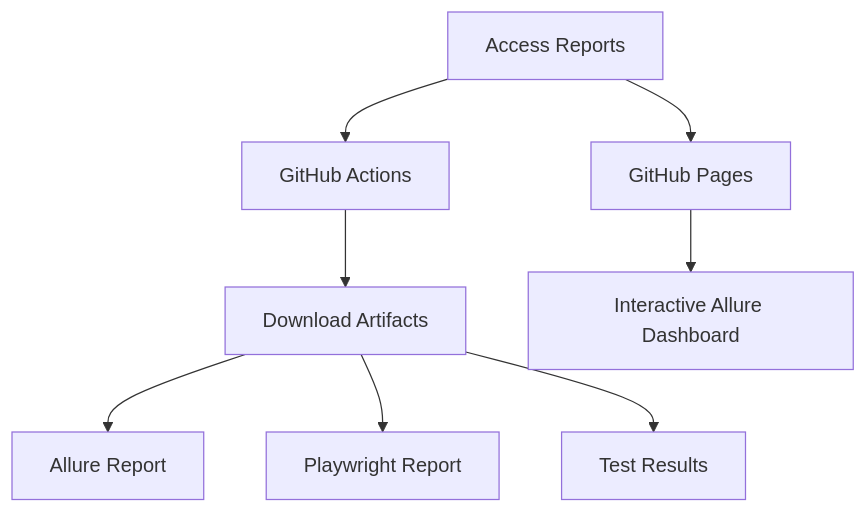
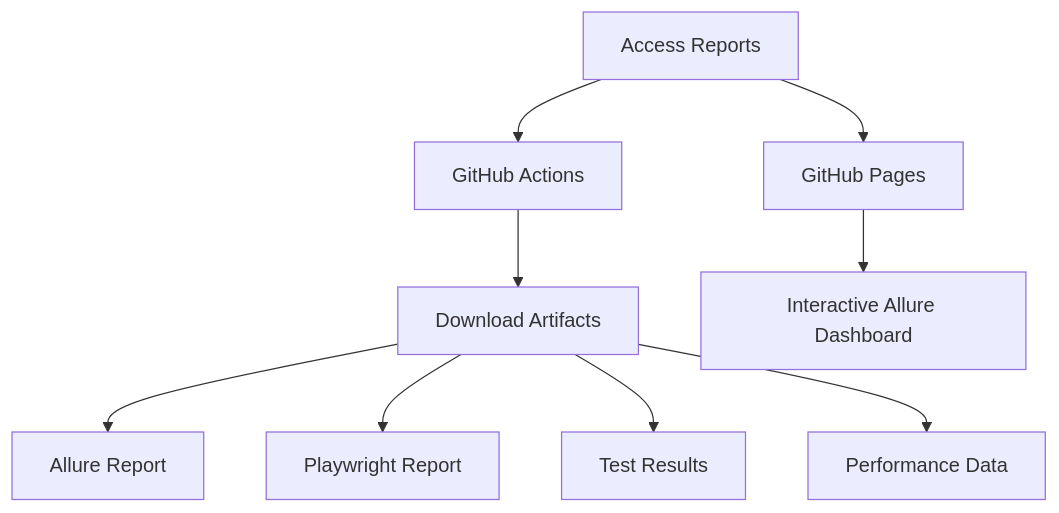
Before and after one commit to govinda777/open-invest-spotlight-dao: the third of 3 diagrams in CI_CD.md, drawn with Mermaid. The commit also changed other lines of this file and 5 other files, not shown here.

````diff
--- a/CI_CD.md
+++ b/CI_CD.md
@@ -83,10 +105,11 @@
 ```mermaid
 graph TD
     A[Access Reports] --> B[GitHub Actions]
     A --> C[GitHub Pages]
     B --> D[Download Artifacts]
     D --> E[Allure Report]
     D --> F[Playwright Report]
     D --> G[Test Results]
-    C --> H[Interactive Allure Dashboard]
+    D --> H[Performance Data]
+    C --> I[Interactive Allure Dashboard]
 ```
````
